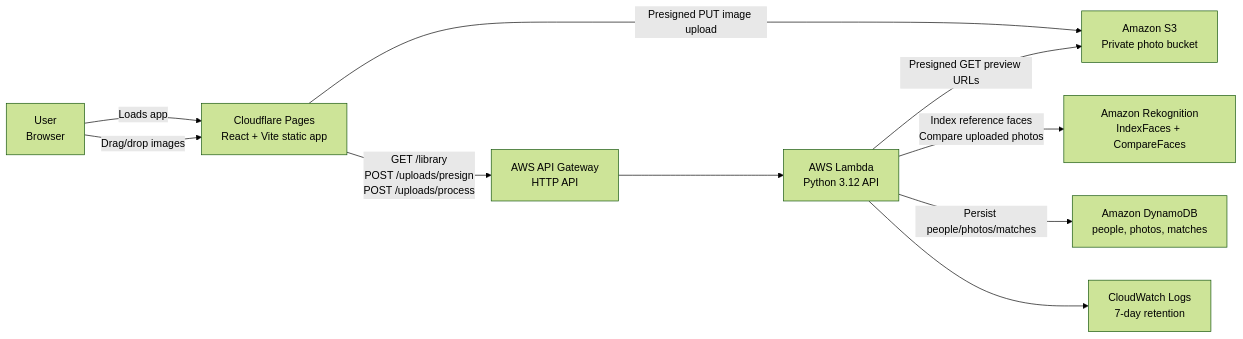
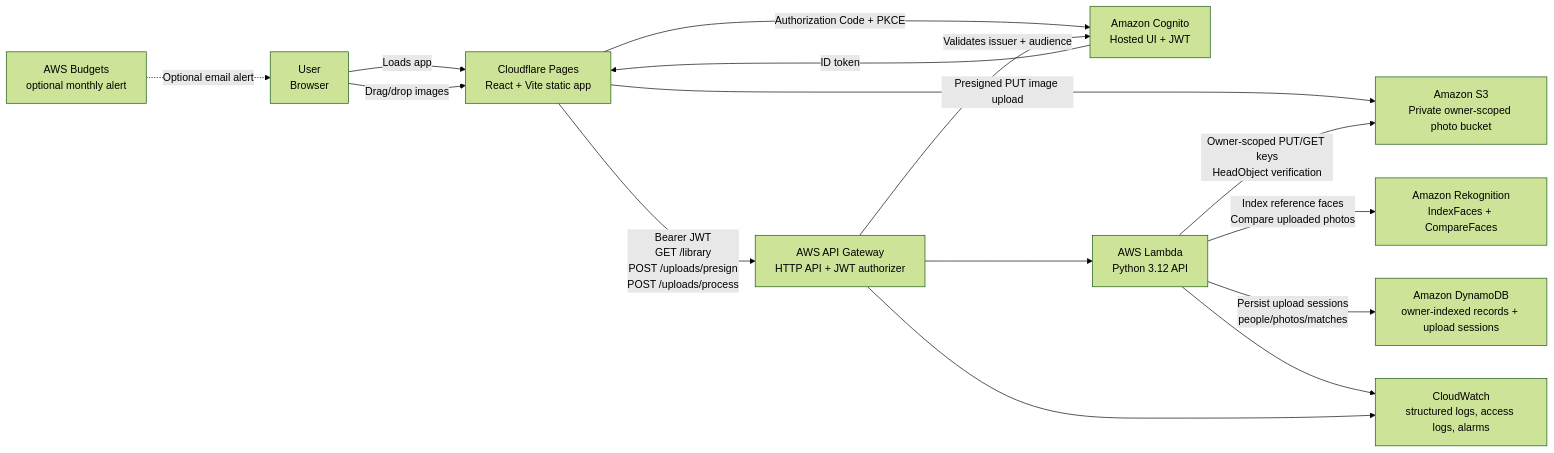
One commit to manynames3/faceid changed the diagram in docs/architecture.md. Above: the diagram before and after it, drawn with Mermaid (forest theme). The commit also changed other lines of this file and 22 other files, not shown here.

````diff
--- a/docs/architecture.md
+++ b/docs/architecture.md
@@ -7,21 +7,28 @@
 ```mermaid
 flowchart LR
   user["User<br/>Browser"]
   pages["Cloudflare Pages<br/>React + Vite static app"]
-  api["AWS API Gateway<br/>HTTP API"]
+  cognito["Amazon Cognito<br/>Hosted UI + JWT"]
+  api["AWS API Gateway<br/>HTTP API + JWT authorizer"]
   lambda["AWS Lambda<br/>Python 3.12 API"]
-  s3["Amazon S3<br/>Private photo bucket"]
+  s3["Amazon S3<br/>Private owner-scoped photo bucket"]
   rekognition["Amazon Rekognition<br/>IndexFaces + CompareFaces"]
-  ddb["Amazon DynamoDB<br/>people, photos, matches"]
-  logs["CloudWatch Logs<br/>7-day retention"]
+  ddb["Amazon DynamoDB<br/>owner-indexed records + upload sessions"]
+  logs["CloudWatch<br/>structured logs, access logs, alarms"]
+  budget["AWS Budgets<br/>optional monthly alert"]
 
   user -->|"Loads app"| pages
+  pages -->|"Authorization Code + PKCE"| cognito
+  cognito -->|"ID token"| pages
   user -->|"Drag/drop images"| pages
-  pages -->|"GET /library<br/>POST /uploads/presign<br/>POST /uploads/process"| api
+  pages -->|"Bearer JWT<br/>GET /library<br/>POST /uploads/presign<br/>POST /uploads/process"| api
   api --> lambda
   pages -->|"Presigned PUT image upload"| s3
-  lambda -->|"Presigned GET preview URLs"| s3
+  lambda -->|"Owner-scoped PUT/GET keys<br/>HeadObject verification"| s3
+  api -->|"Validates issuer + audience"| cognito
   lambda -->|"Index reference faces<br/>Compare uploaded photos"| rekognition
-  lambda -->|"Persist people/photos/matches"| ddb
+  lambda -->|"Persist upload sessions<br/>people/photos/matches"| ddb
   lambda --> logs
+  api --> logs
+  budget -.->|"Optional email alert"| user
 ```
````
